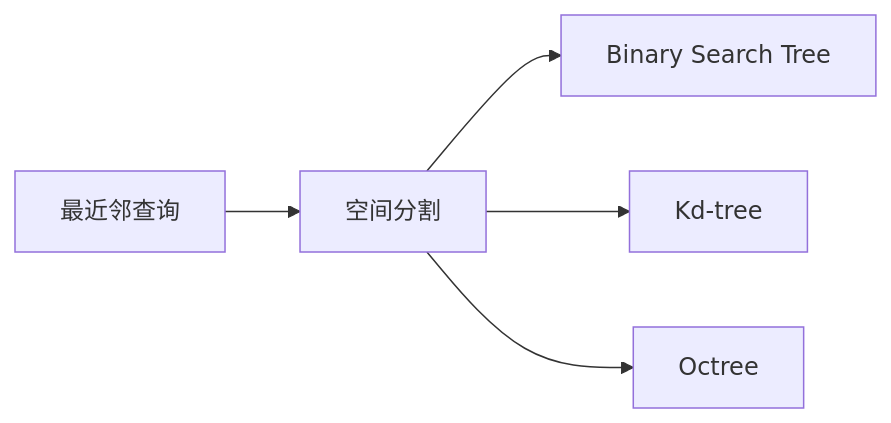
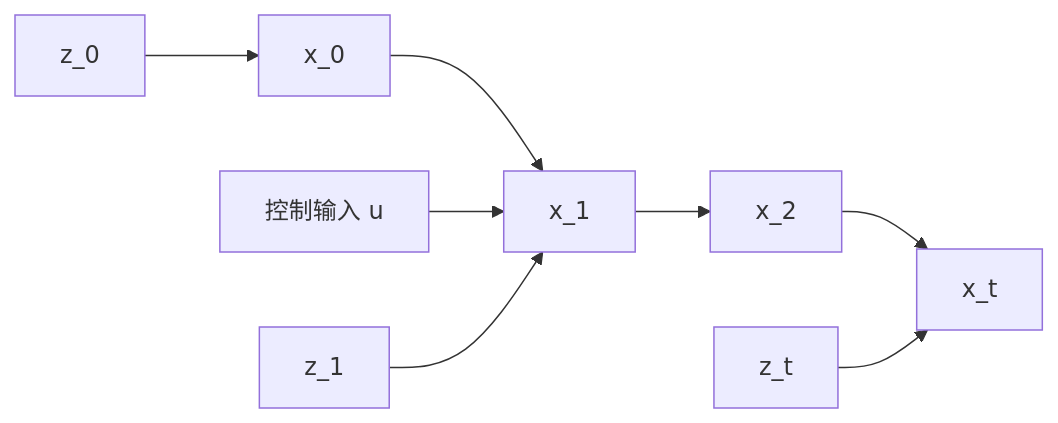
The seventh of 9 diagrams in src/content/lecture/zh-cn/Auto-Drive-Intro/index.md (MciG-ggg/mcig-ggg.github.io), drawn with Mermaid before and after one commit. The commit also changed other lines of this file and 88 other files, not shown here.

````diff
--- a/src/content/lecture/zh-cn/Auto-Drive-Intro/index.md
+++ b/src/content/lecture/zh-cn/Auto-Drive-Intro/index.md
@@ -562,7 +979,8 @@
 ```mermaid
-graph LR
-  NN["最近邻查询"] --> S["空间分割"]
-  S --> BST["Binary Search Tree"]
-  S --> KD["Kd-tree"]
-  S --> OCT["Octree"]
+flowchart LR
+  X0["x_0"] --> X1["x_1"] --> X2["x_2"] --> XT["x_t"]
+  U["控制输入 u"] --> X1
+  Z0["z_0"] --> X0
+  Z1["z_1"] --> X1
+  ZT["z_t"] --> XT
 ```
````
